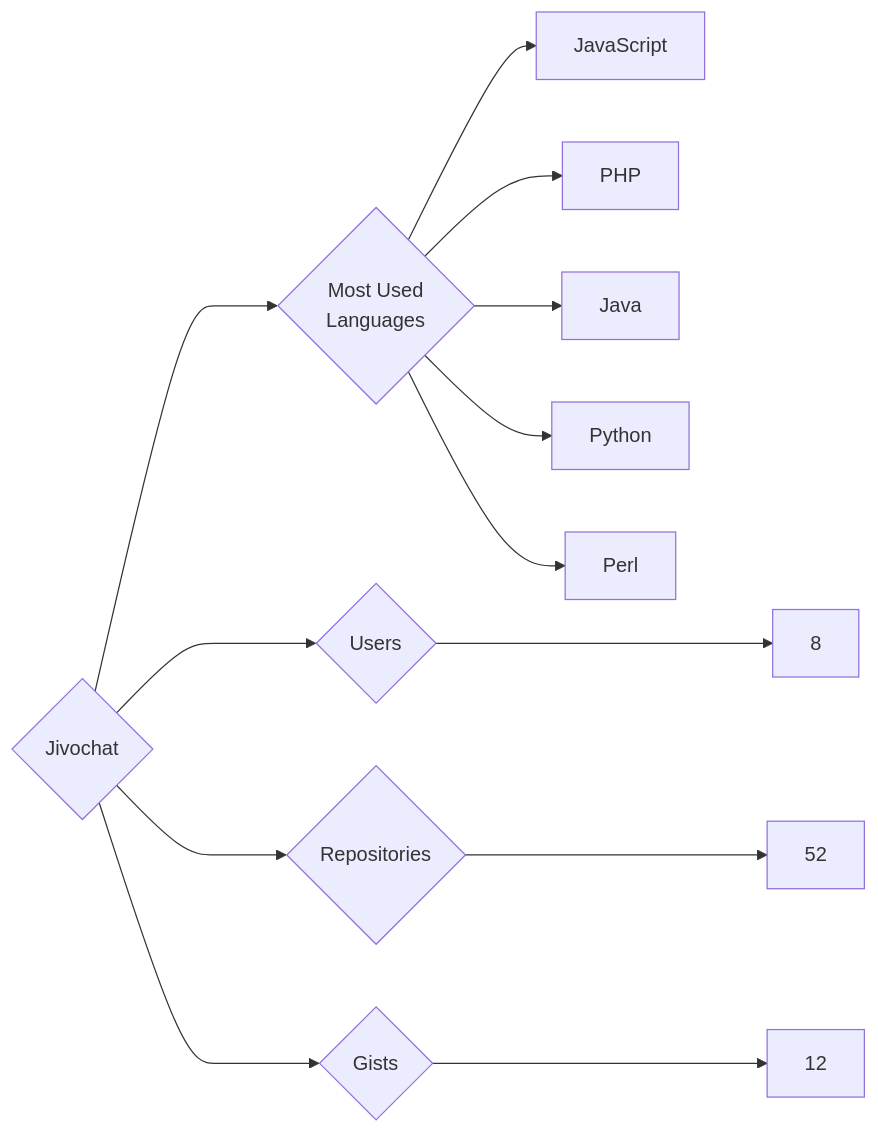
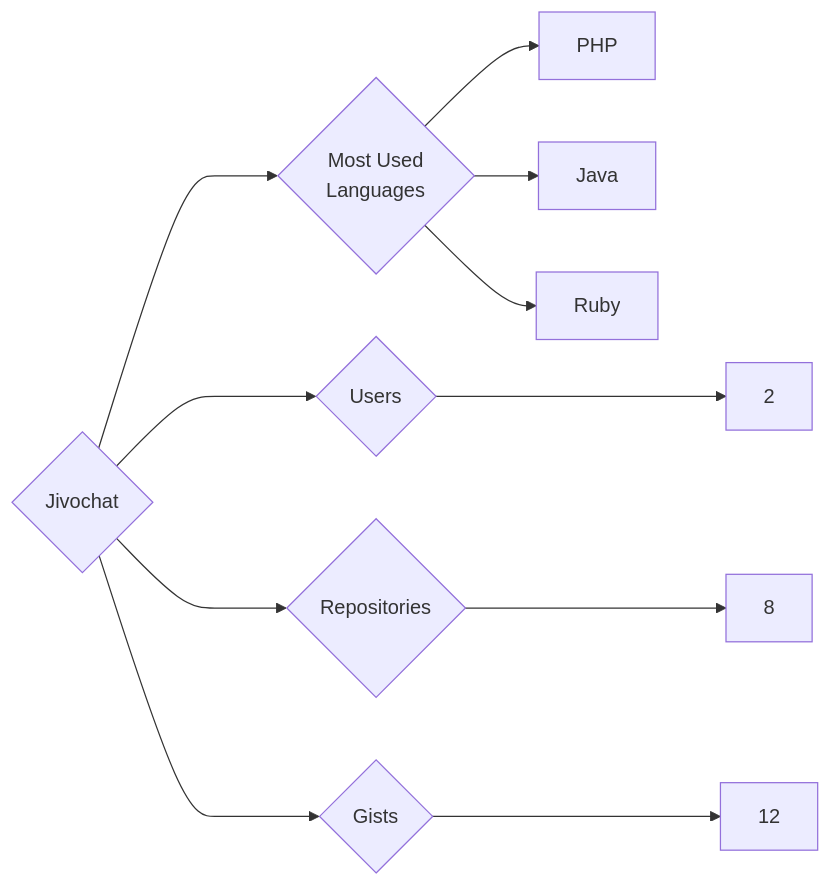
Before and after one commit to trickest/insiders: the diagram in targets/Jivochat/README.md, drawn with Mermaid. The commit also changed 752 other files, not shown here.

````diff
--- a/targets/Jivochat/README.md
+++ b/targets/Jivochat/README.md
@@ -3,13 +3,11 @@
 ```mermaid
 graph LR
 COMPANY_NAME{Jivochat}
-COMPANY_NAME ---> U{Users} ---> UN[8]
-COMPANY_NAME ---> R{Repositories} ---> RN[52]
+COMPANY_NAME ---> U{Users} ---> UN[2]
+COMPANY_NAME ---> R{Repositories} ---> RN[8]
 COMPANY_NAME ---> G{Gists} ---> GN[12]
 COMPANY_NAME ---> ML{Most Used<br>Languages}
-ML --> JavaScript[JavaScript]
 ML --> PHP[PHP]
 ML --> Java[Java]
-ML --> Python[Python]
-ML --> Perl[Perl]
+ML --> Ruby[Ruby]
 ```
````
